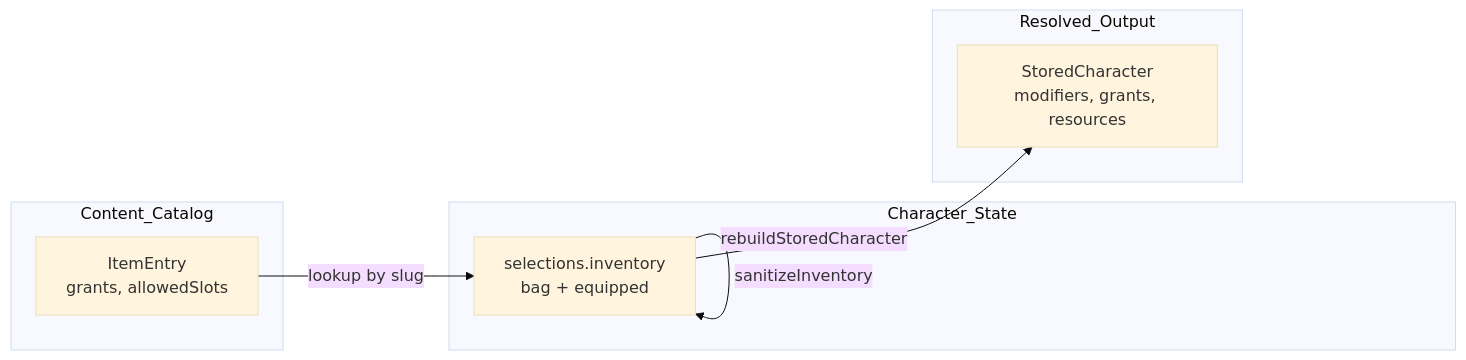
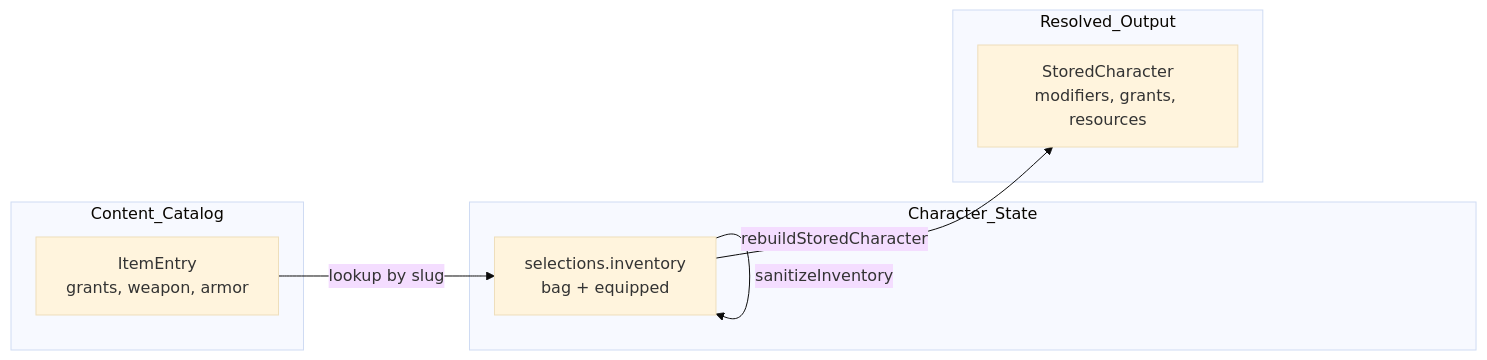
One commit to PedroVMLopes/rpv-front changed the diagram in docs/API_INVENTORY.md. Above: the diagram before and after it, drawn with Mermaid (base theme). The commit also changed other lines of this file and 314 other files, not shown here.

````diff
--- a/docs/API_INVENTORY.md
+++ b/docs/API_INVENTORY.md
@@ -29,15 +29,15 @@
 ```mermaid
 flowchart LR
   subgraph contentLayer [Content_Catalog]
-    ItemEntry["ItemEntry\ngrants, allowedSlots"]
+    ItemEntry["ItemEntry\ngrants, weapon, armor"]
   end
   subgraph stateLayer [Character_State]
     Inventory["selections.inventory\nbag + equipped"]
   end
   subgraph resolvedLayer [Resolved_Output]
     Stored["StoredCharacter\nmodifiers, grants, resources"]
   end
   ItemEntry -->|"lookup by slug"| Inventory
   Inventory -->|"sanitizeInventory"| Inventory
   Inventory -->|"rebuildStoredCharacter"| Stored
 ```
````
